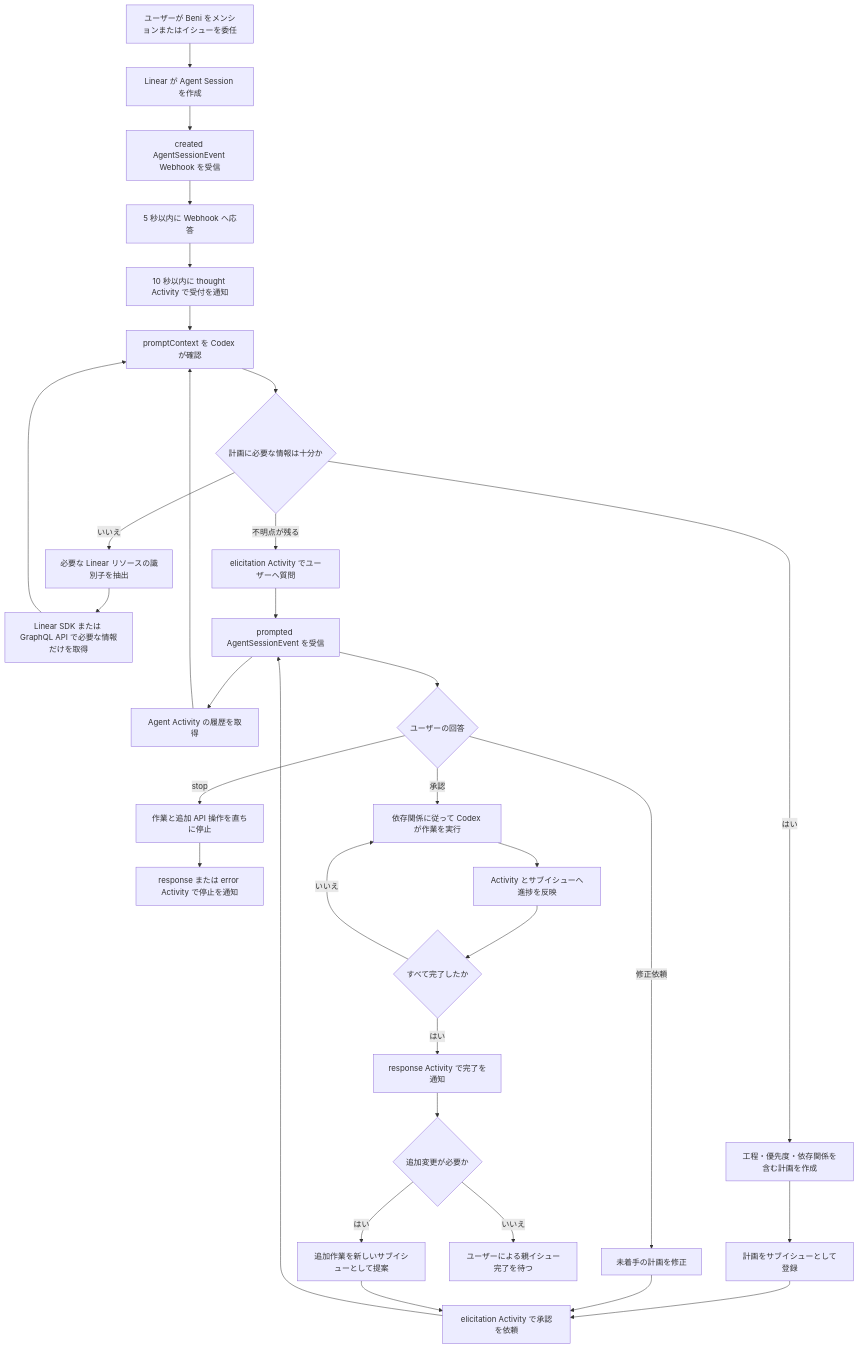
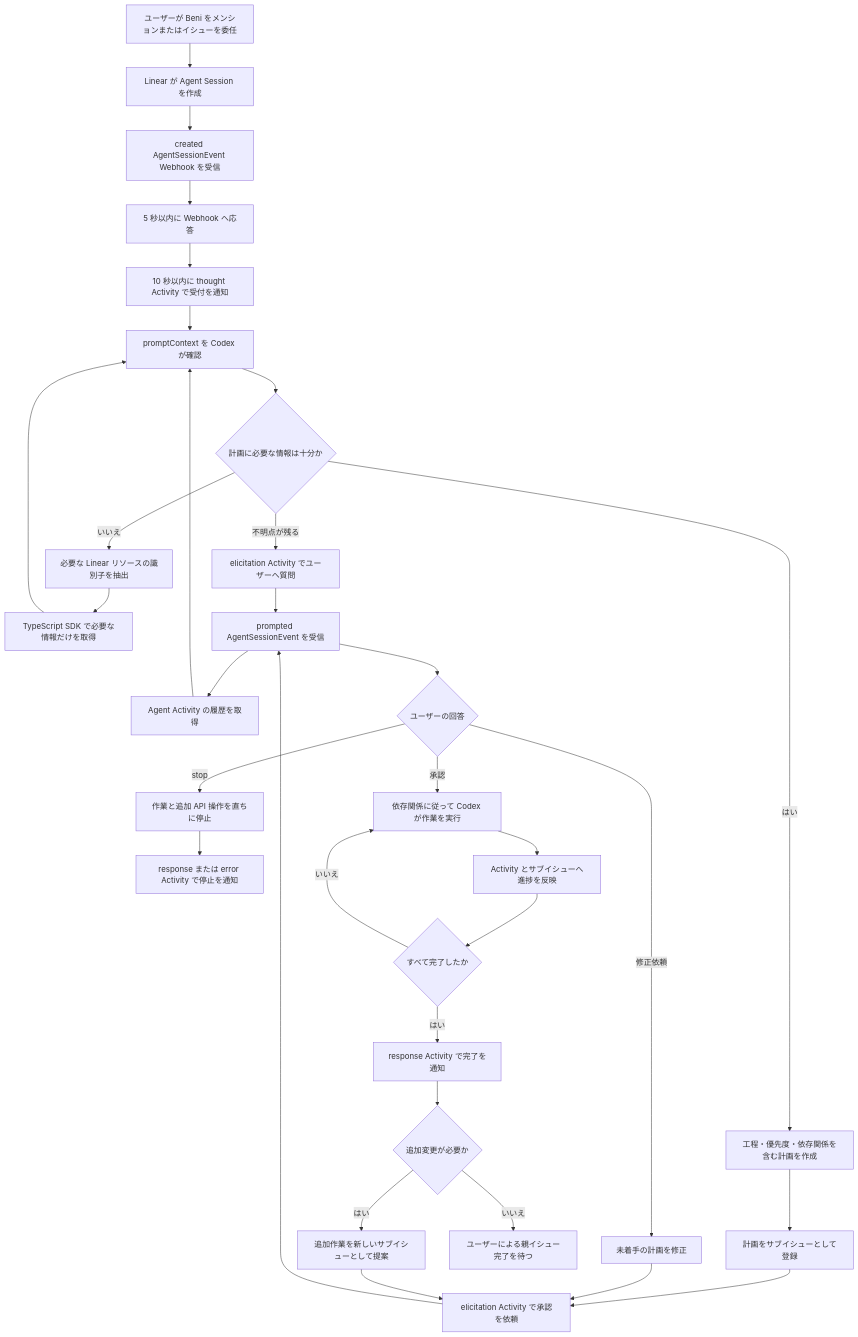
One commit to nozomi-hiragi/Beni changed the diagram in docs/application-workflow.md. Above: the diagram before and after it, drawn with Mermaid. The commit also changed other lines of this file, not shown here.

Commit message:
docs: prefer Linear TypeScript SDK

````diff
--- a/docs/application-workflow.md
+++ b/docs/application-workflow.md
@@ -23,34 +23,34 @@
 ```mermaid
 flowchart TD
     A[ユーザーが Beni をメンションまたはイシューを委任] --> B[Linear が Agent Session を作成]
     B --> C[created AgentSessionEvent Webhook を受信]
     C --> D[5 秒以内に Webhook へ応答]
     D --> E[10 秒以内に thought Activity で受付を通知]
     E --> F[promptContext を Codex が確認]
     F --> G{計画に必要な情報は十分か}
     G -- いいえ --> H[必要な Linear リソースの識別子を抽出]
-    H --> I[Linear SDK または GraphQL API で必要な情報だけを取得]
+    H --> I[TypeScript SDK で必要な情報だけを取得]
     I --> F
     G -- 不明点が残る --> J[elicitation Activity でユーザーへ質問]
     J --> K[prompted AgentSessionEvent を受信]
     K --> L[Agent Activity の履歴を取得]
     L --> F
     G -- はい --> M[工程・優先度・依存関係を含む計画を作成]
     M --> N[計画をサブイシューとして登録]
     N --> O[elicitation Activity で承認を依頼]
     O --> K
     K --> P{ユーザーの回答}
     P -- 修正依頼 --> Q[未着手の計画を修正]
     Q --> O
     P -- 承認 --> R[依存関係に従って Codex が作業を実行]
     P -- stop --> S[作業と追加 API 操作を直ちに停止]
     S --> T[response または error Activity で停止を通知]
     R --> U[Activity とサブイシューへ進捗を反映]
     U --> V{すべて完了したか}
     V -- いいえ --> R
     V -- はい --> W[response Activity で完了を通知]
     W --> X{追加変更が必要か}
     X -- いいえ --> Y[ユーザーによる親イシュー完了を待つ]
     X -- はい --> Z[追加作業を新しいサブイシューとして提案]
     Z --> O
 ```
````
